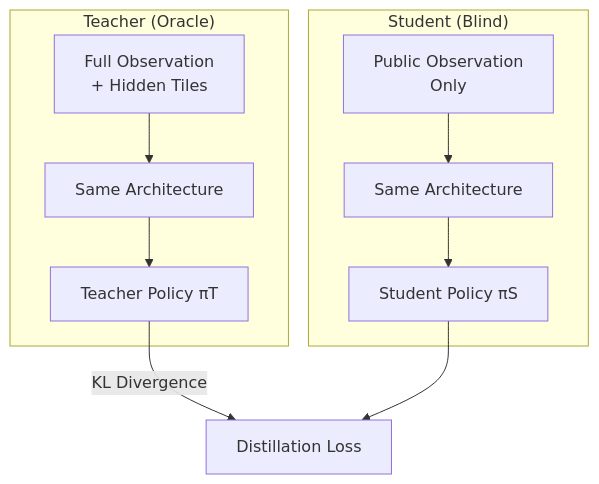
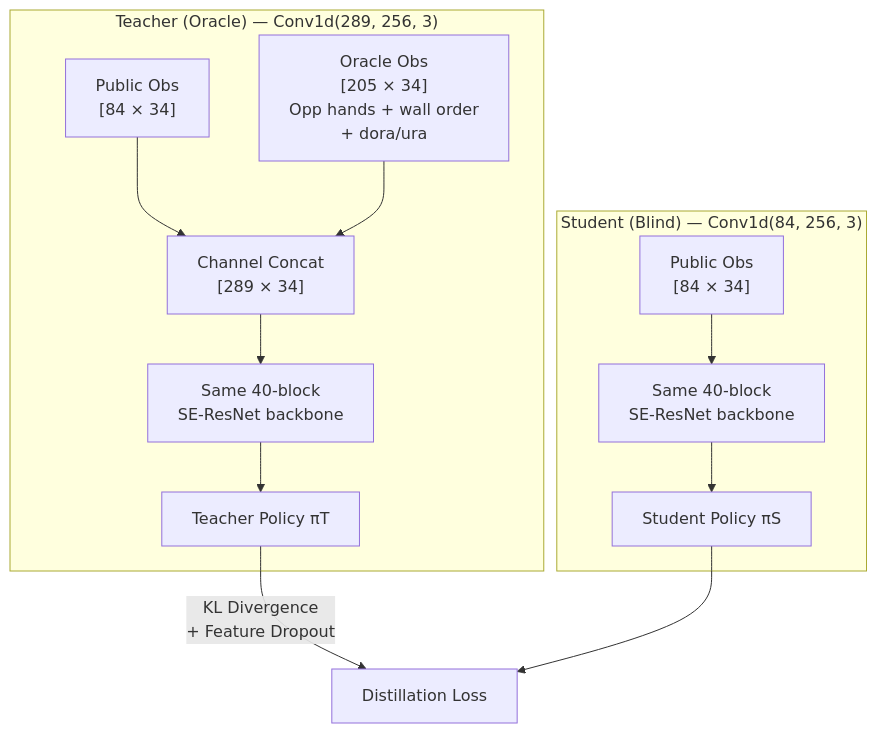
One commit to NikkeTryHard/hydra changed the seventh of 9 diagrams in research/HYDRA_SPEC.md. Above: the diagram before and after it, drawn with Mermaid. The commit also changed other lines of this file and 3 other files, not shown here.

First line of the commit message:
fix: resolve issues #8-#11 (obs encoding, oracle teacher, opponent modeling, data pipeline)

````diff
--- a/research/HYDRA_SPEC.md
+++ b/research/HYDRA_SPEC.md
@@ -520,15 +614,19 @@
 ```mermaid
 graph TB
-    subgraph "Teacher (Oracle)"
-        T_OBS["Full Observation<br/>+ Hidden Tiles"] --> T_NET[Same Architecture]
+    subgraph "Teacher (Oracle) — Conv1d(289, 256, 3)"
+        T_PUB["Public Obs<br/>[84 × 34]"]
+        T_ORA["Oracle Obs<br/>[205 × 34]<br/>Opp hands + wall order<br/>+ dora/ura"]
+        T_PUB --> T_CAT["Channel Concat<br/>[289 × 34]"]
+        T_ORA --> T_CAT
+        T_CAT --> T_NET["Same 40-block<br/>SE-ResNet backbone"]
         T_NET --> T_POLICY["Teacher Policy πT"]
     end
 
-    subgraph "Student (Blind)"
-        S_OBS["Public Observation<br/>Only"] --> S_NET[Same Architecture]
+    subgraph "Student (Blind) — Conv1d(84, 256, 3)"
+        S_OBS["Public Obs<br/>[84 × 34]"] --> S_NET["Same 40-block<br/>SE-ResNet backbone"]
         S_NET --> S_POLICY["Student Policy πS"]
     end
 
-    T_POLICY -->|"KL Divergence"| LOSS[Distillation Loss]
+    T_POLICY -->|"KL Divergence<br/>+ Feature Dropout"| LOSS[Distillation Loss]
     S_POLICY --> LOSS
 ```
````
